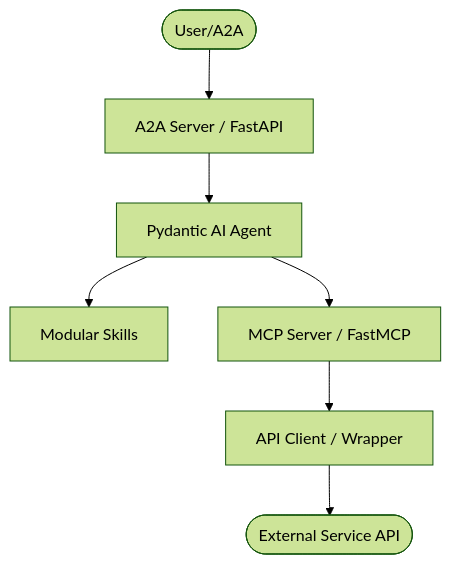
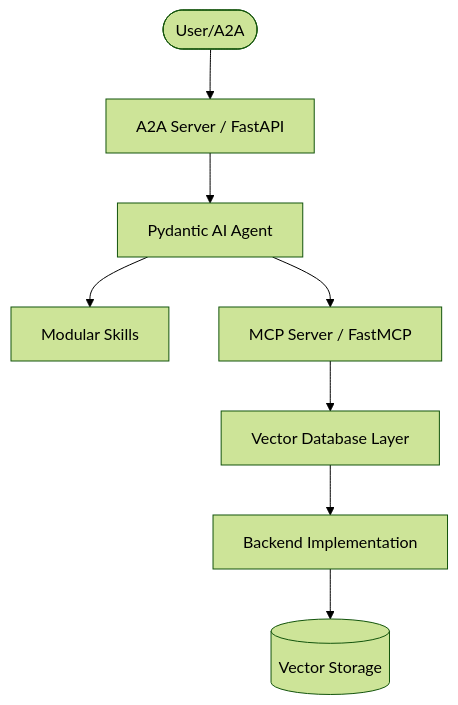
One commit to Knuckles-Team/vector-mcp changed the first of 2 diagrams in AGENTS.md. Above: the diagram before and after it, drawn with Mermaid (forest theme). The commit also changed other lines of this file and 21 other files, not shown here.

````diff
--- a/AGENTS.md
+++ b/AGENTS.md
@@ -14,9 +16,10 @@
 ```mermaid
 graph TD
     User([User/A2A]) --> Server[A2A Server / FastAPI]
     Server --> Agent[Pydantic AI Agent]
     Agent --> Skills[Modular Skills]
     Agent --> MCP[MCP Server / FastMCP]
-    MCP --> Client[API Client / Wrapper]
-    Client --> ExternalAPI([External Service API])
+    MCP --> VectorDB[Vector Database Layer]
+    VectorDB --> Backend[Backend Implementation]
+    Backend --> Storage[(Vector Storage)]
 ```
````
